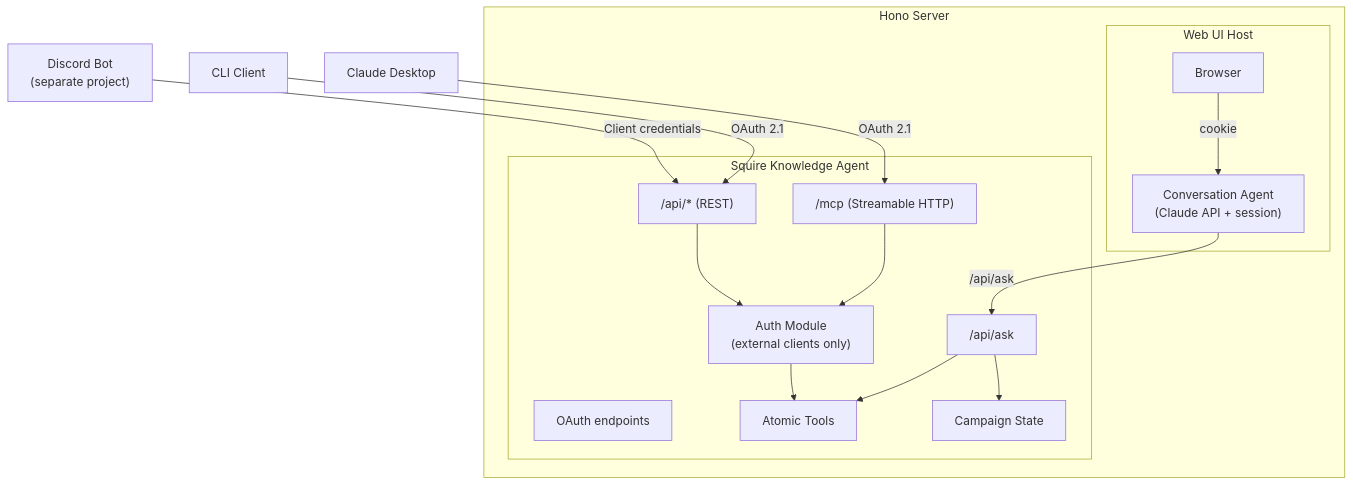
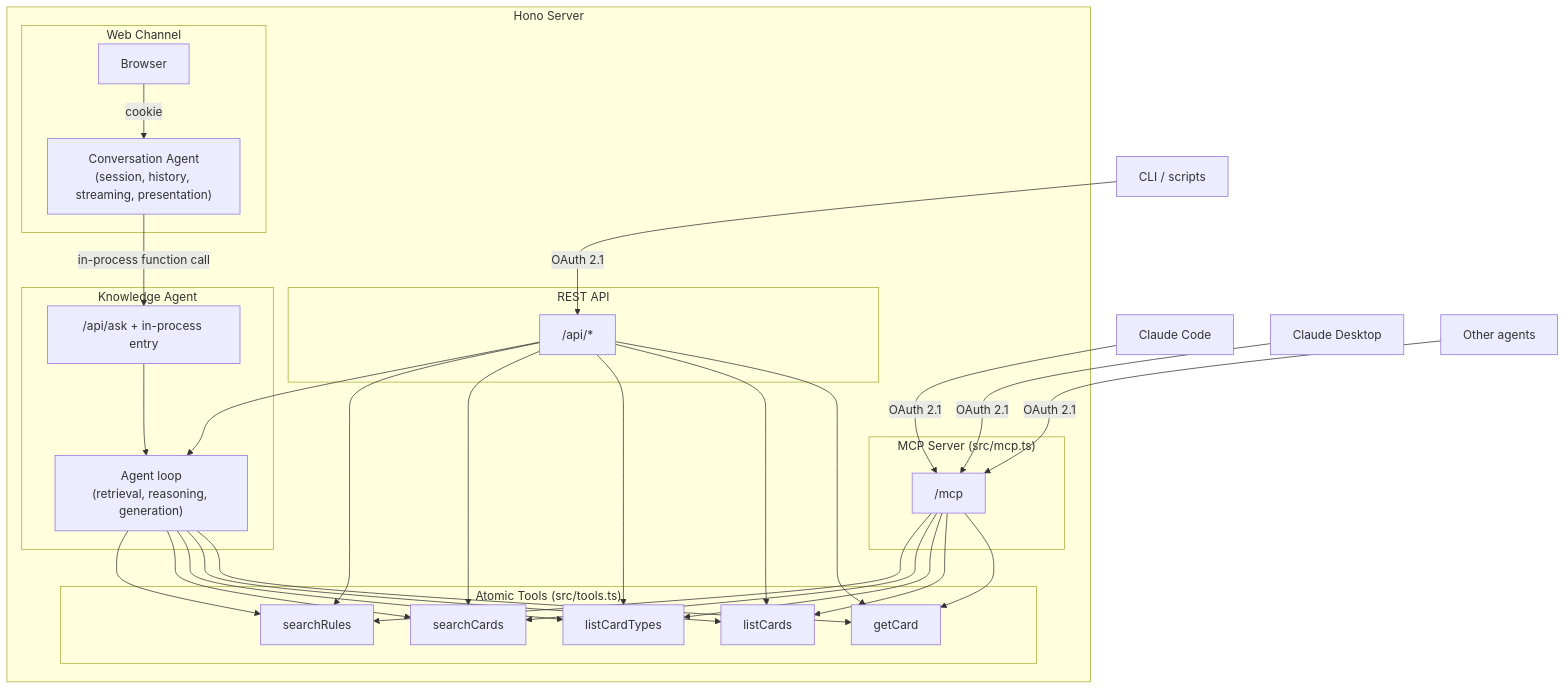
One commit to maz-org/squire changed the first of 2 diagrams in docs/ARCHITECTURE.md. Above: the diagram before and after it, drawn with Mermaid. The commit also changed other lines of this file, not shown here.

Commit message:
docs(architecture): rewrite ARCHITECTURE.md as architect-owned tech spec v1.0

````diff
--- a/docs/ARCHITECTURE.md
+++ b/docs/ARCHITECTURE.md
@@ -109,29 +257,38 @@
 ```mermaid
 graph TB
     subgraph hono["Hono Server"]
-        subgraph webui["Web UI Host"]
+        subgraph webchannel["Web Channel"]
             browser["Browser"]
-            conv["Conversation Agent<br/>(Claude API + session)"]
+            conv["Conversation Agent<br/>(session, history, streaming, presentation)"]
             browser -->|cookie| conv
         end
-        subgraph squire["Squire Knowledge Agent"]
-            ask["/api/ask"]
-            mcp["/mcp (Streamable HTTP)"]
-            rest["/api/* (REST)"]
-            oauth["OAuth endpoints"]
-            auth["Auth Module<br/>(external clients only)"]
-            tools["Atomic Tools"]
-            campaign["Campaign State"]
-            ask --> tools
-            ask --> campaign
-            mcp --> auth
-            rest --> auth
-            auth --> tools
+        subgraph knowledge["Knowledge Agent"]
+            ask["/api/ask + in-process entry"]
+            agentloop["Agent loop<br/>(retrieval, reasoning, generation)"]
+            ask --> agentloop
         end
-        conv -->|/api/ask| ask
+        subgraph tools["Atomic Tools (src/tools.ts)"]
+            t1["searchRules"]
+            t2["searchCards"]
+            t3["listCardTypes"]
+            t4["listCards"]
+            t5["getCard"]
+        end
+        subgraph mcp["MCP Server (src/mcp.ts)"]
+            mcpep["/mcp"]
+        end
+        subgraph rest["REST API"]
+            restep["/api/*"]
+        end
+        conv -->|in-process function call| ask
+        agentloop --> t1 & t2 & t3 & t4 & t5
+        mcpep --> t1 & t2 & t3 & t4 & t5
+        restep --> agentloop
+        restep --> t1 & t2 & t3 & t4 & t5
     end
 
-    claude["Claude Desktop"] -->|OAuth 2.1| mcp
-    cli["CLI Client"] -->|OAuth 2.1| rest
-    discord["Discord Bot<br/>(separate project)"] -->|Client credentials| rest
+    claudecode["Claude Code"] -->|OAuth 2.1| mcpep
+    claudedesktop["Claude Desktop"] -->|OAuth 2.1| mcpep
+    extagent["Other agents"] -->|OAuth 2.1| mcpep
+    cli["CLI / scripts"] -->|OAuth 2.1| restep
 ```
````
